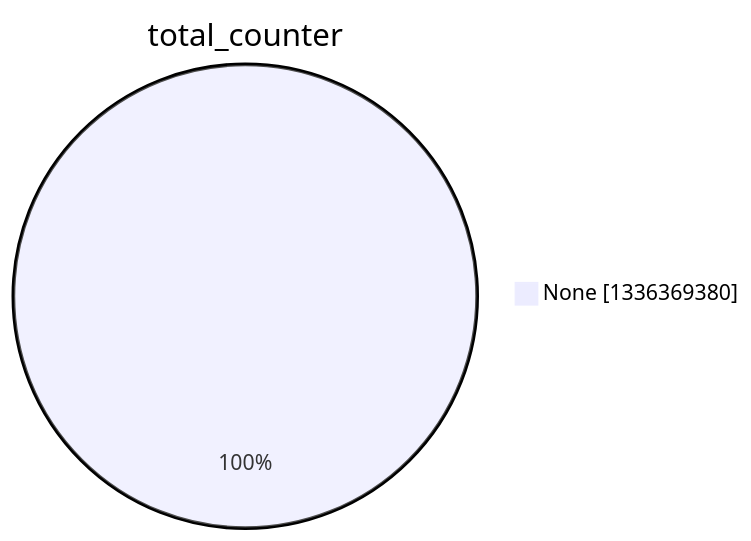
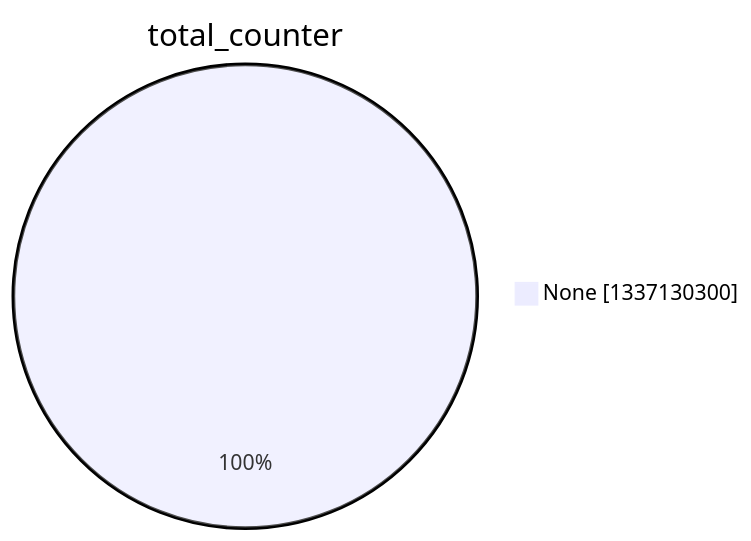
One commit to christiankrug/ctmonitor_visualization changed the second of 15 diagrams in argon2022/README.md. Above: the diagram before and after it, drawn with Mermaid. The commit also changed other lines of this file, not shown here.

````diff
--- a/argon2022/README.md
+++ b/argon2022/README.md
@@ -9,5 +9,5 @@
 ```mermaid
 pie showData
 title total_counter
-"None" :1336369380
+"None" :1337130300
 ```
````
